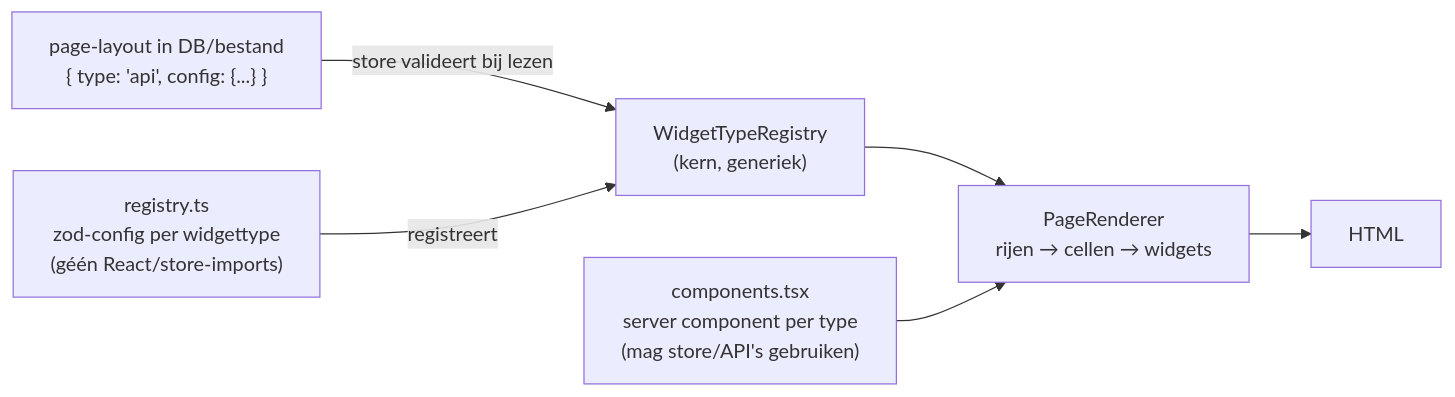
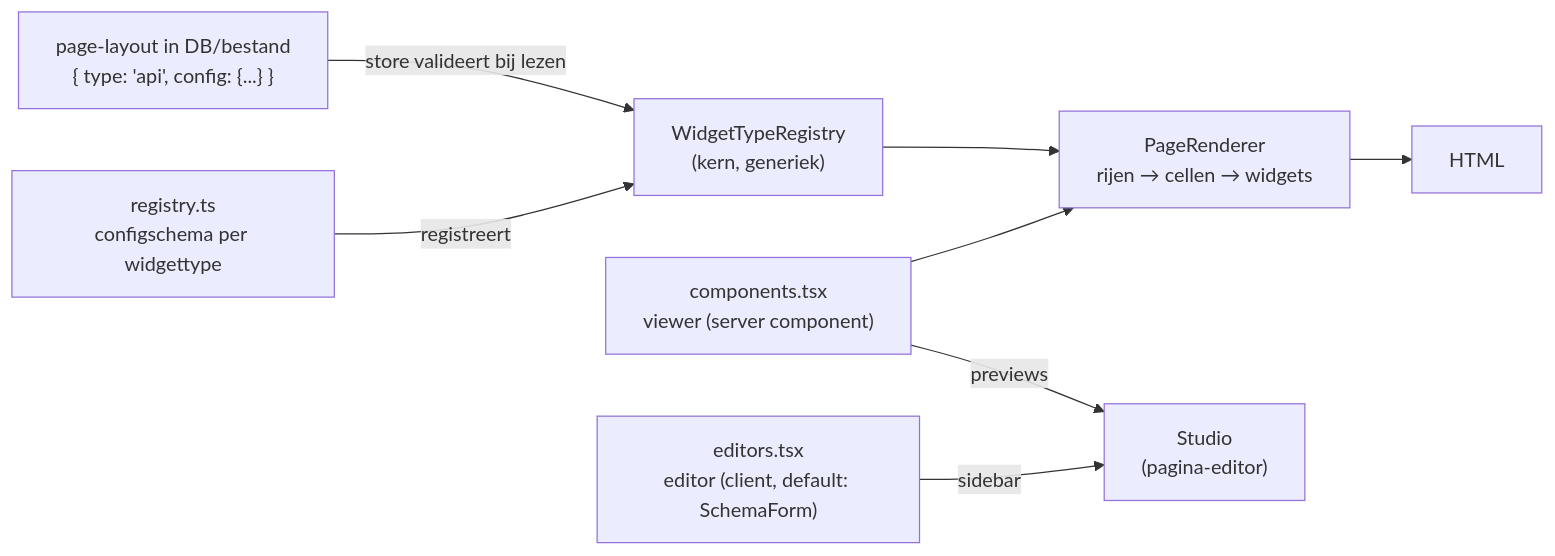
The third of 7 diagrams in docs/architecture.md (MarkWestbroek/imprint-engine), drawn with Mermaid before and after one commit. The commit also changed other lines of this file and 1 other file, not shown here.

First line of the commit message:
Docs: viewer/editor-patroon en studio in architectuurdoc

````diff
--- a/docs/architecture.md
+++ b/docs/architecture.md
@@ -98,15 +105,19 @@
 ```mermaid
 flowchart LR
     JSON["page-layout in DB/bestand<br/>{ type: 'api', config: {...} }"]
     REG["WidgetTypeRegistry<br/>(kern, generiek)"]
-    RTS["registry.ts<br/>zod-config per widgettype<br/>(géén React/store-imports)"]
-    CTS["components.tsx<br/>server component per type<br/>(mag store/API's gebruiken)"]
+    RTS["registry.ts<br/>configschema per widgettype"]
+    CTS["components.tsx<br/>viewer (server component)"]
+    ETS["editors.tsx<br/>editor (client, default: SchemaForm)"]
     REN["PageRenderer<br/>rijen → cellen → widgets"]
+    STU["Studio<br/>(pagina-editor)"]
     HTML["HTML"]
 
     JSON -->|"store valideert bij lezen"| REG
     RTS -->|registreert| REG
     REG --> REN
     CTS --> REN
     REN --> HTML
+    CTS -->|previews| STU
+    ETS -->|sidebar| STU
 ```
````
